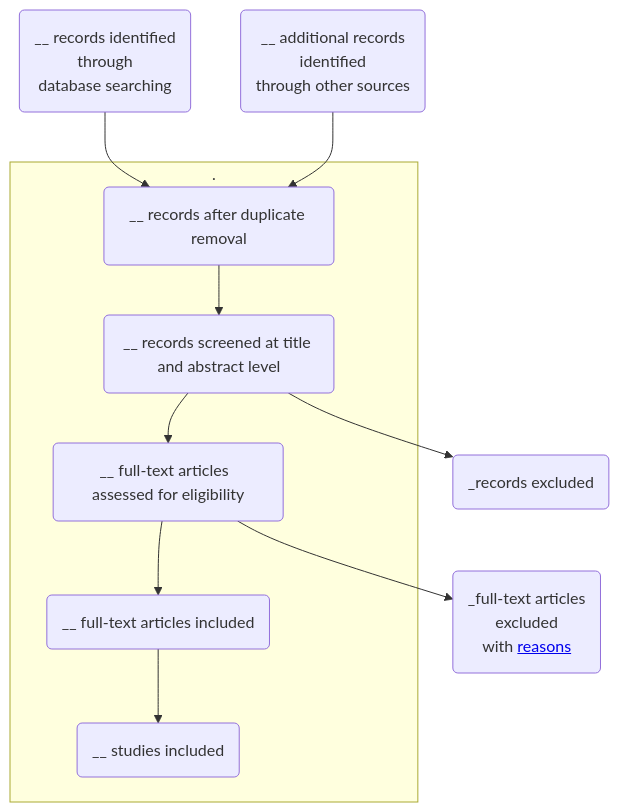
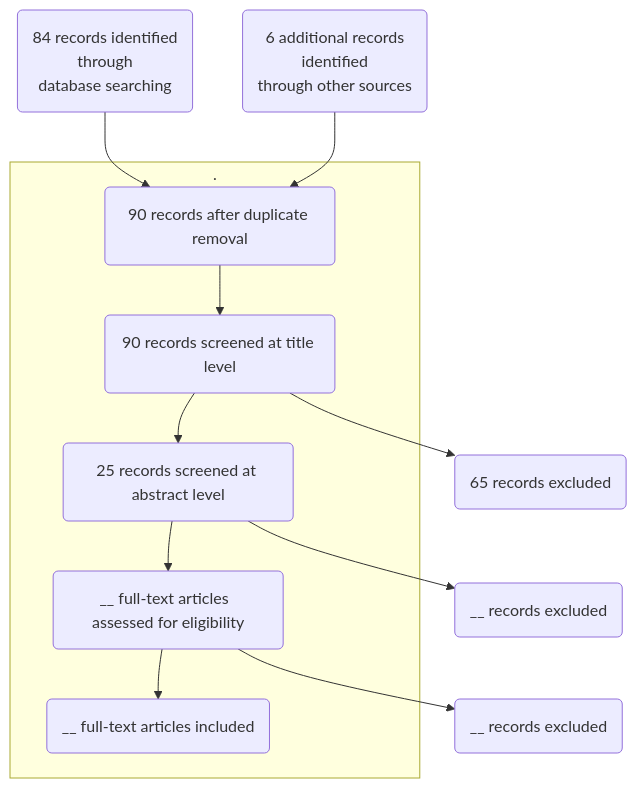
The diagram in diagrams/s2_slr_flowdiagram.qmd (jan-ru/phd_kul), drawn with Mermaid before and after one commit. The commit also changed 16 other files, not shown here.

````diff
--- a/diagrams/s2_slr_flowdiagram.qmd
+++ b/diagrams/s2_slr_flowdiagram.qmd
@@ -17,31 +17,31 @@
 ```{mermaid}
 %%| label: fig-slr-flowchart
 %%| fig-cap: "Flowchart depicting literature selection."
 flowchart TB
-    A("__ records identified 
+    A("84 records identified 
     through 
     database searching")
-    B("__ additional records 
+    B("6 additional records 
     identified  
     through other sources")
     subgraph .
-      C("__ records after duplicate removal")  
-      D("__ records screened at title and abstract level")
-      E("__ full-text articles  assessed for eligibility")
-      F("__ full-text articles included")
-      G("__ studies included")
+      C("90 records after duplicate removal")  
+      D("90 records screened at title level")
+      E("25 records screened at abstract level")
+      F("__ full-text articles  assessed for eligibility")
+      G("__ full-text articles included")
     end
-    H("_records excluded")
-    I("_full-text articles 
-    excluded 
-    with <a href='http://google.com'>reasons</a>")
+    H("65 records excluded")
+    I("__ records excluded")
+    J("__ records excluded") 
   
   A --> C
   B --> C
   C --> D
   D --> H
   D --> E
   E --> F
   E --> I
   F --> G
+  F --> J
 ```
````
